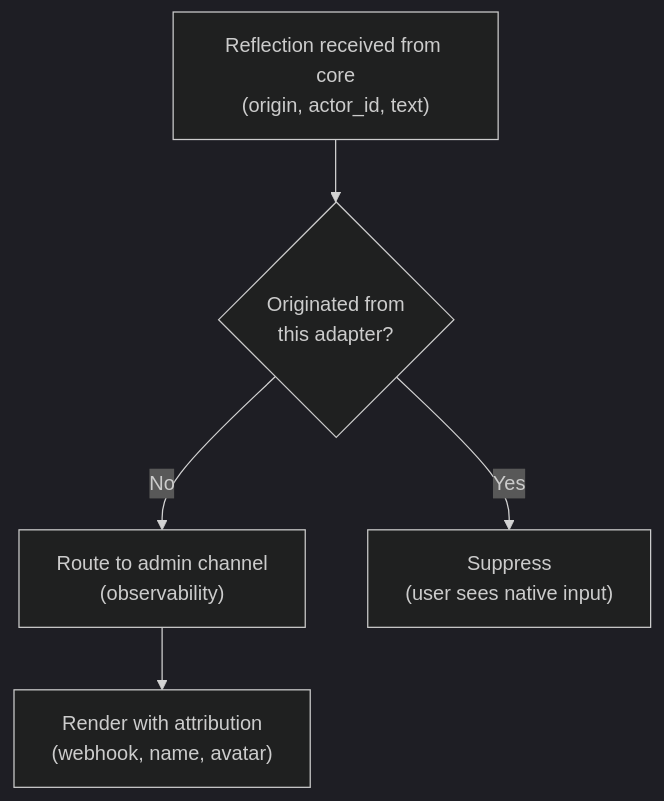
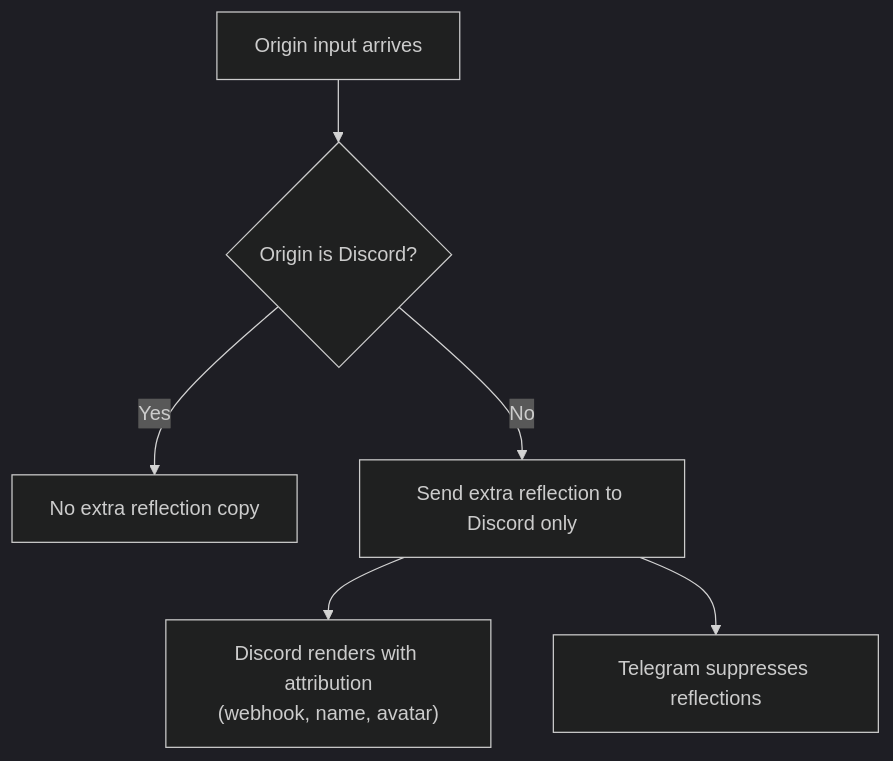
Before and after one commit to InstruktAI/TeleClaude: the eighth of 8 diagrams in docs/project/design/architecture/ui-adapter.md, drawn with Mermaid (dark theme). The commit also changed other lines of this file and 2 other files, not shown here.

Commit message:
Update reflection routing docs

````diff
--- a/docs/project/design/architecture/ui-adapter.md
+++ b/docs/project/design/architecture/ui-adapter.md
@@ -230,13 +230,15 @@
 ```mermaid
 flowchart TD
-    Reflection["Reflection received from core<br/>(origin, actor_id, text)"]
-    IsSource{Originated from<br/>this adapter?}
-    AdminRoute["Route to admin channel<br/>(observability)"]
-    Suppress["Suppress<br/>(user sees native input)"]
-    Render["Render with attribution<br/>(webhook, name, avatar)"]
+    Origin["Origin input arrives"]
+    IsDiscord{Origin is Discord?}
+    NoExtra["No extra reflection copy"]
+    DiscordOnly["Send extra reflection to Discord only"]
+    Render["Discord renders with attribution<br/>(webhook, name, avatar)"]
+    Telegram["Telegram suppresses reflections"]
 
-    Reflection --> IsSource
-    IsSource -->|Yes| Suppress
-    IsSource -->|No| AdminRoute
-    AdminRoute --> Render
+    Origin --> IsDiscord
+    IsDiscord -->|Yes| NoExtra
+    IsDiscord -->|No| DiscordOnly
+    DiscordOnly --> Render
+    DiscordOnly --> Telegram
 ```
````
